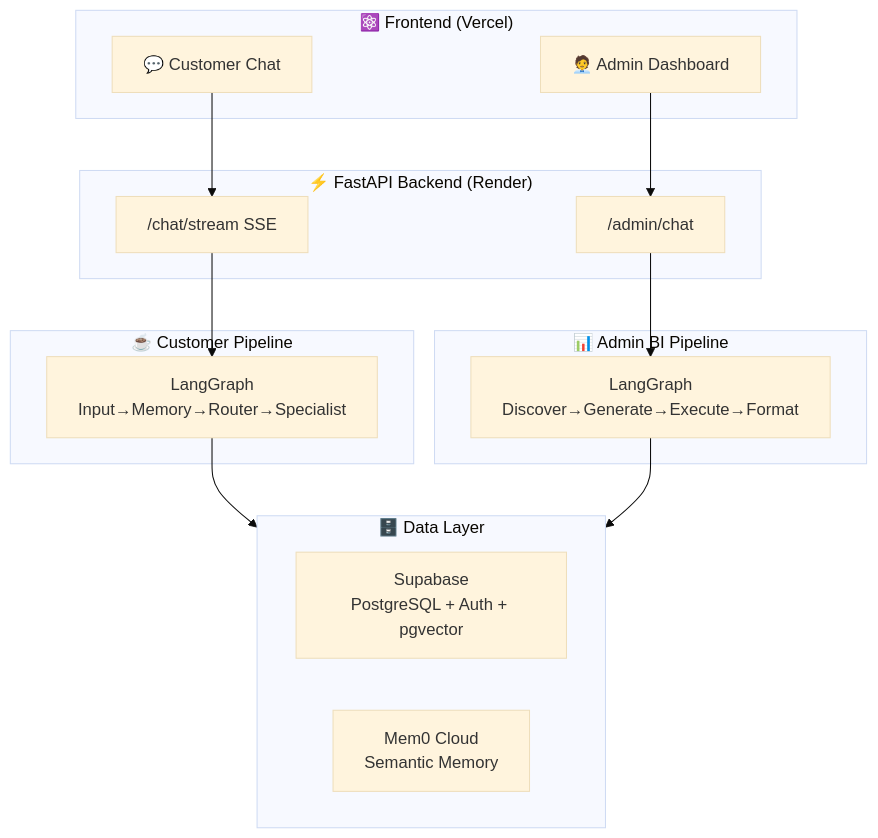
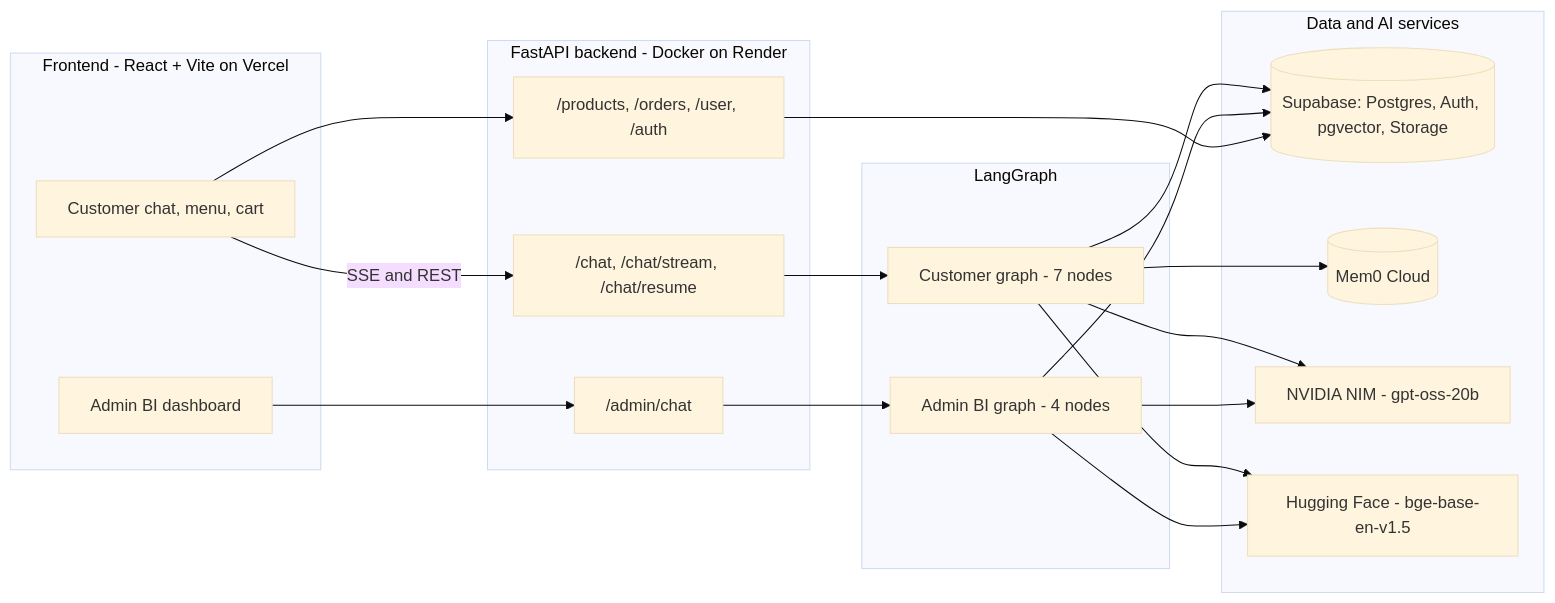
Before and after one commit to Pandharimaske/Multi-Agent-Commerce-Platform-for-Coffee-Shop: the first of 5 diagrams in README.md, drawn with Mermaid (base theme). The commit also changed other lines of this file and 3 other files, not shown here.

````diff
--- a/README.md
+++ b/README.md
@@ -159,28 +86,39 @@
 ```mermaid
-graph TB
-    subgraph Frontend["⚛️ Frontend (Vercel)"]
-        CB["💬 Customer Chat"]
-        AD["🧑‍💼 Admin Dashboard"]
+flowchart LR
+    subgraph Client["Frontend - React + Vite on Vercel"]
+        CUI["Customer chat, menu, cart"]
+        AUI["Admin BI dashboard"]
     end
 
-    subgraph Backend["⚡ FastAPI Backend (Render)"]
-        CR["/chat/stream  SSE"]
-        AR["/admin/chat"]
+    subgraph API["FastAPI backend - Docker on Render"]
+        CH["/chat, /chat/stream, /chat/resume"]
+        AD["/admin/chat"]
+        REST["/products, /orders, /user, /auth"]
     end
 
-    subgraph Customer["☕ Customer Pipeline"]
-        CG["LangGraph\nInput→Memory→Router→Specialist"]
+    subgraph Graphs["LangGraph"]
+        CG["Customer graph - 7 nodes"]
+        AG["Admin BI graph - 4 nodes"]
     end
 
-    subgraph Admin["📊 Admin BI Pipeline"]
-        AG["LangGraph\nDiscover→Generate→Execute→Format"]
+    subgraph Services["Data and AI services"]
+        SB[("Supabase: Postgres, Auth, pgvector, Storage")]
+        M0[("Mem0 Cloud")]
+        LLM["NVIDIA NIM - gpt-oss-20b"]
+        EMB["Hugging Face - bge-base-en-v1.5"]
     end
 
-    subgraph Data["🗄️ Data Layer"]
-        SB["Supabase\nPostgreSQL + Auth + pgvector"]
-        M0["Mem0 Cloud\nSemantic Memory"]
-    end
-
-    CB --> CR --> CG --> Data
-    AD --> AR --> AG --> Data
+    CUI -->|SSE and REST| CH
+    CUI --> REST
+    AUI --> AD
+    CH --> CG
+    AD --> AG
+    CG --> SB
+    CG --> M0
+    CG --> LLM
+    CG --> EMB
+    AG --> SB
+    AG --> LLM
+    AG --> EMB
+    REST --> SB
 ```
````
